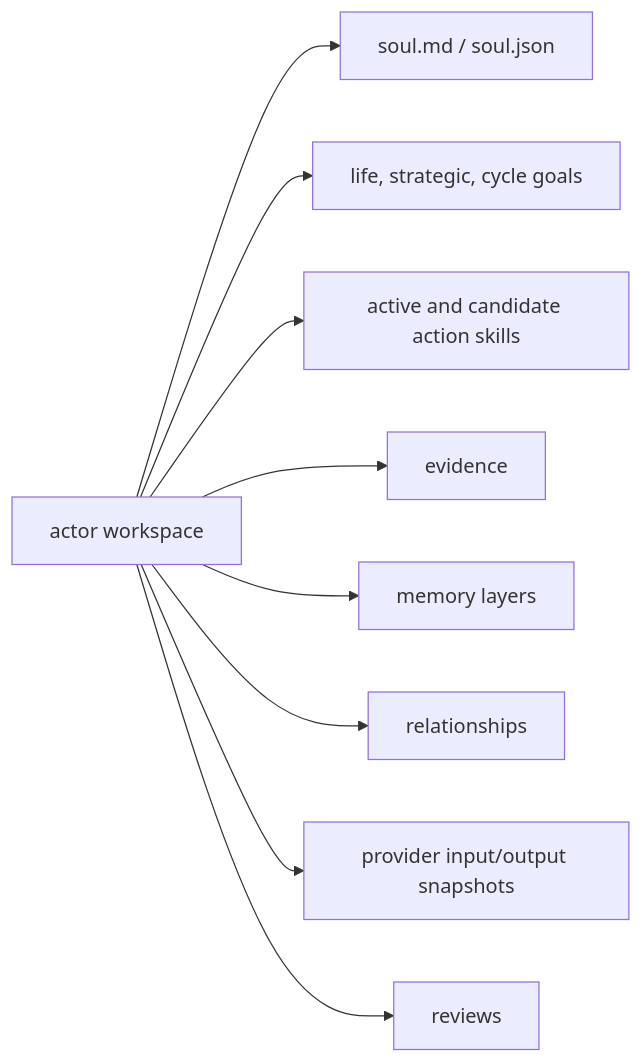
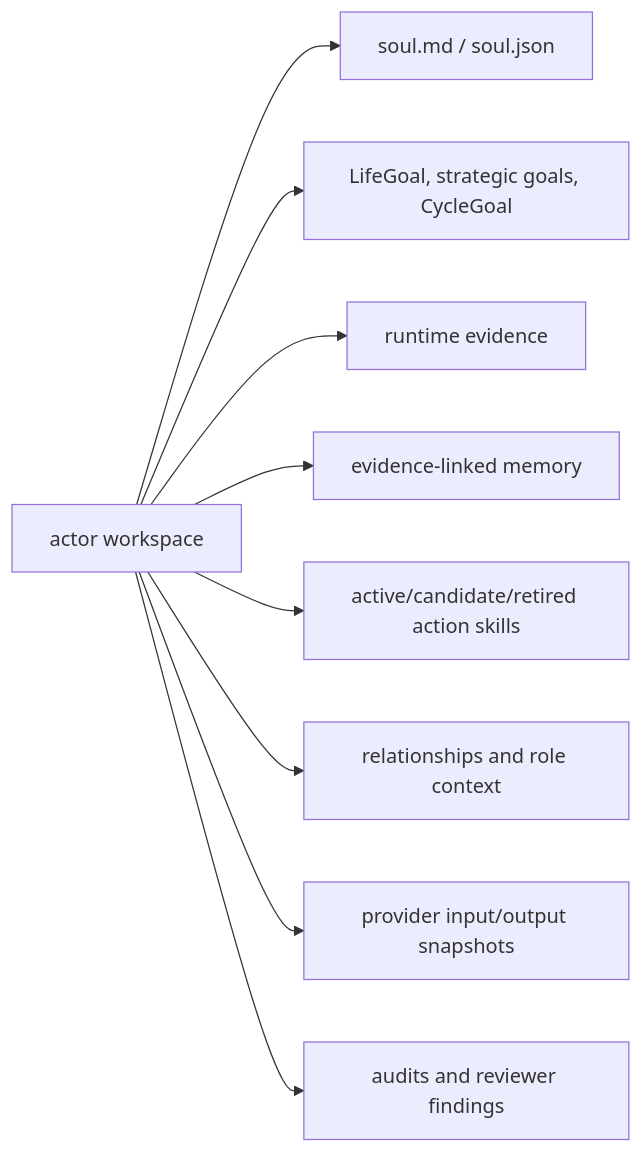
The ninth of 11 diagrams in CURRENT_IMPLEMENTATION_ARCHITECTURE_REVIEW.md (gigio1023/minecraft-llm-agent-community), drawn with Mermaid before and after one commit. The commit also changed other lines of this file and 83 other files, not shown here.

Commit message:
runtime: align observation context architecture

````diff
--- a/CURRENT_IMPLEMENTATION_ARCHITECTURE_REVIEW.md
+++ b/CURRENT_IMPLEMENTATION_ARCHITECTURE_REVIEW.md
@@ -427,21 +431,21 @@
 ```mermaid
 flowchart LR
   Workspace["actor workspace"]
   Soul["soul.md / soul.json"]
-  Goals["life, strategic, cycle goals"]
-  Skills["active and candidate action skills"]
-  Evidence["evidence"]
-  Memory["memory layers"]
-  Relations["relationships"]
+  Goals["LifeGoal, strategic goals, CycleGoal"]
+  Evidence["runtime evidence"]
+  Memory["evidence-linked memory"]
+  Skills["active/candidate/retired action skills"]
+  Relations["relationships and role context"]
   ProviderIO["provider input/output snapshots"]
-  Review["reviews"]
+  Reviews["audits and reviewer findings"]
 
   Workspace --> Soul
   Workspace --> Goals
-  Workspace --> Skills
   Workspace --> Evidence
   Workspace --> Memory
+  Workspace --> Skills
   Workspace --> Relations
   Workspace --> ProviderIO
-  Workspace --> Review
+  Workspace --> Reviews
 ```
````
